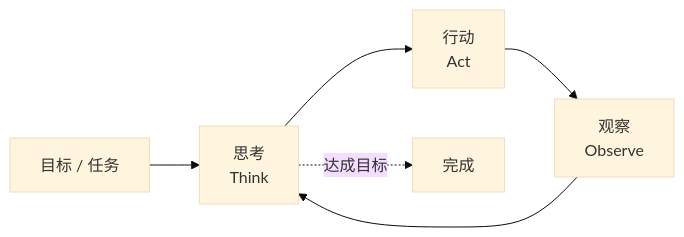
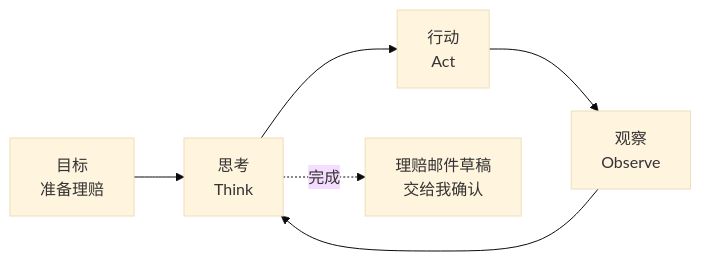
One commit to rangerqu/intro-agentic-ai changed the third of 8 diagrams in slides.md. Above: the diagram before and after it, drawn with Mermaid (base theme). The commit also changed other lines of this file, not shown here.

````diff
--- a/slides.md
+++ b/slides.md
@@ -1118,8 +1386,8 @@
 ```mermaid {scale: 0.7}
 flowchart LR
-  G[目标 / 任务] --> T[思考<br/>Think]
+  G[目标<br/>准备理赔] --> T[思考<br/>Think]
   T --> A[行动<br/>Act]
   A --> O[观察<br/>Observe]
   O --> T
-  T -. 达成目标 .-> D[完成]
+  T -. 完成 .-> D[理赔邮件草稿<br/>交给我确认]
 ```
````
